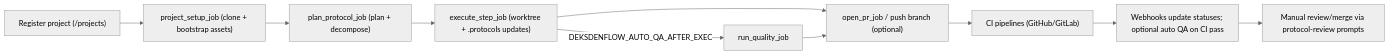
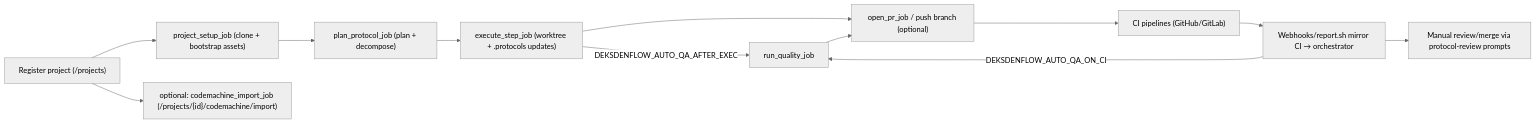
One commit to ilyafedotov-ops/dev-pipeline changed the second of 2 diagrams in README.md. Above: the diagram before and after it, drawn with Mermaid (neutral theme). The commit also changed other lines of this file and 3 other files, not shown here.

Commit message:
docs: refresh architecture and codemachine notes

````diff
--- a/README.md
+++ b/README.md
@@ -121,12 +134,14 @@
 ```mermaid
 flowchart LR
   A["Register project (/projects)"] --> B["project_setup_job (clone + bootstrap assets)"]
+  A --> B2["optional: codemachine_import_job (/projects/{id}/codemachine/import)"]
   B --> C["plan_protocol_job (plan + decompose)"]
   C --> D["execute_step_job (worktree + .protocols updates)"]
   D -->|DEKSDENFLOW_AUTO_QA_AFTER_EXEC| E["run_quality_job"]
   D --> F["open_pr_job / push branch (optional)"]
   E --> F
   F --> G["CI pipelines (GitHub/GitLab)"]
-  G --> H["Webhooks update statuses; optional auto QA on CI pass"]
+  G --> H["Webhooks/report.sh mirror CI → orchestrator"]
+  H -->|DEKSDENFLOW_AUTO_QA_ON_CI| E
   H --> I["Manual review/merge via protocol-review prompts"]
 ```
````
